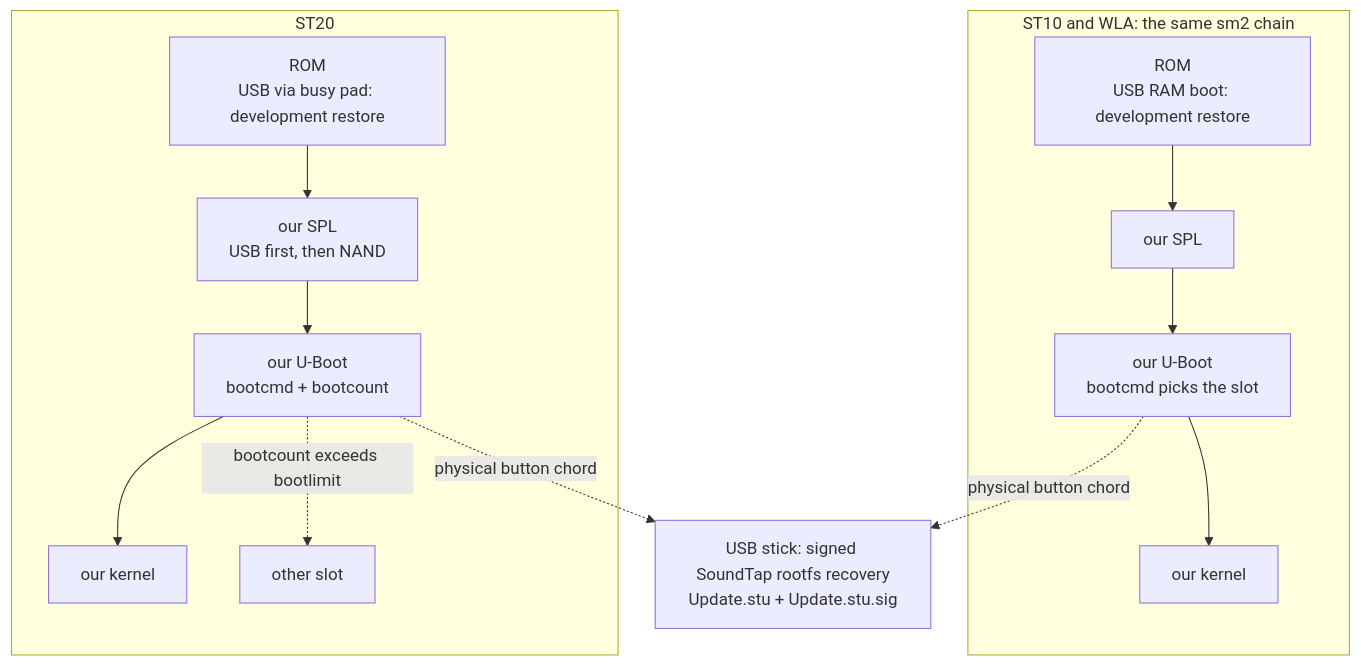
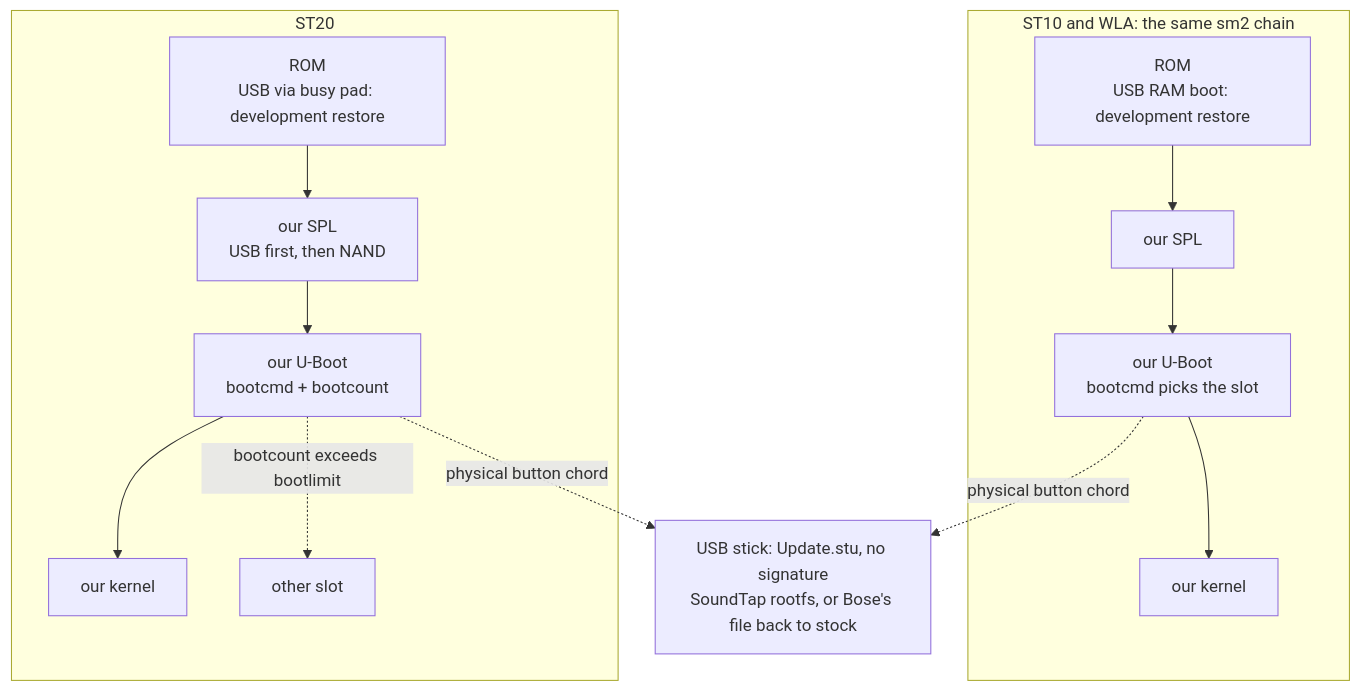
Before and after one commit to stein155/soundtap: the third of 9 diagrams in docs/contributors/design.md, drawn with Mermaid. The commit also changed other lines of this file and 174 other files, not shown here.

First line of the commit message:
feat: preview more SoundTouch models from Bose's own packages

````diff
--- a/docs/contributors/design.md
+++ b/docs/contributors/design.md
@@ -186,12 +207,12 @@
 ```mermaid
 flowchart TB
   subgraph SM2[ST10 and WLA: the same sm2 chain]
     r1[ROM<br/>USB RAM boot: development restore] --> s1[our SPL] --> u1[our U-Boot<br/>bootcmd picks the slot] --> k1[our kernel]
   end
   subgraph ST20b[ST20]
     r3[ROM<br/>USB via busy pad: development restore] --> s3[our SPL<br/>USB first, then NAND] --> u3[our U-Boot<br/>bootcmd + bootcount] --> k3[our kernel]
     u3 -. bootcount exceeds bootlimit .-> o3[other slot]
   end
-  u1 -. physical button chord .-> USB[USB stick: signed SoundTap rootfs recovery<br/>Update.stu + Update.stu.sig]
+  u1 -. physical button chord .-> USB[USB stick: Update.stu, no signature<br/>SoundTap rootfs, or Bose's file back to stock]
   u3 -. physical button chord .-> USB
 ```
````
